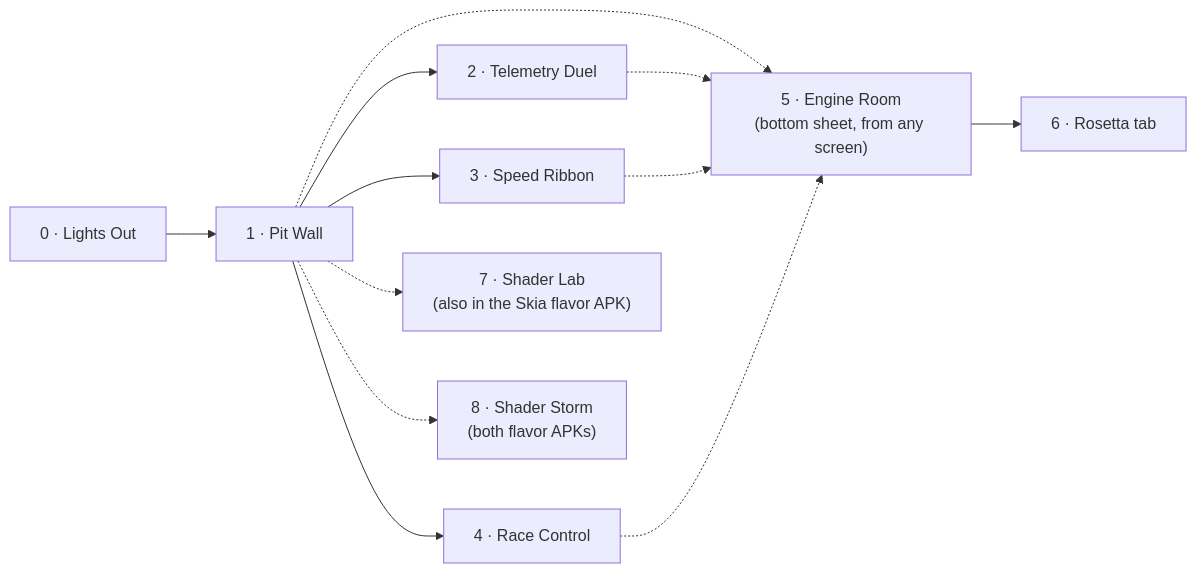
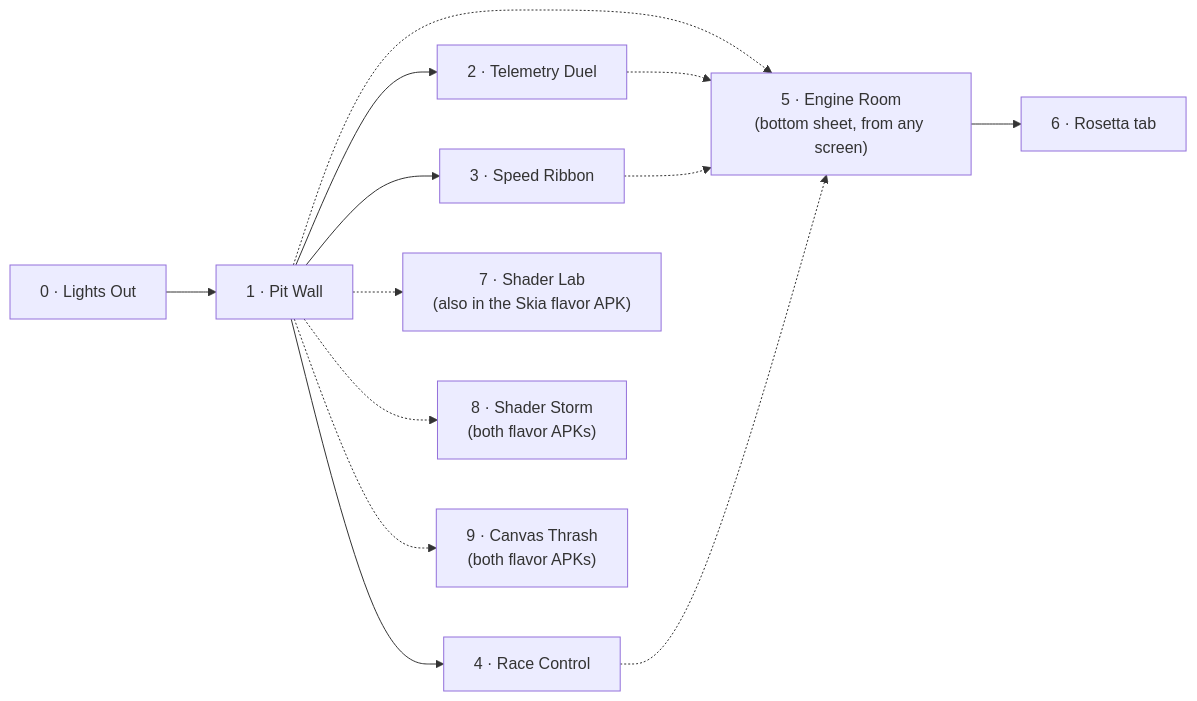
Before and after one commit to cm-collins/fluttercon-demo-app: the first of 2 diagrams in docs/design/screens.md, drawn with Mermaid. The commit also changed other lines of this file and 25 other files, not shown here.

First line of the commit message:
✨ feat(shader-lab): add Canvas Thrash to show what still costs after shaders

````diff
--- a/docs/design/screens.md
+++ b/docs/design/screens.md
@@ -8,14 +8,15 @@
 ```mermaid
 flowchart LR
     lights["0 · Lights Out"] --> pitwall["1 · Pit Wall"]
     pitwall --> duel["2 · Telemetry Duel"]
     pitwall --> ribbon["3 · Speed Ribbon"]
     pitwall --> control["4 · Race Control"]
     pitwall -.-> room["5 · Engine Room<br/>(bottom sheet, from any screen)"]
     duel -.-> room
     ribbon -.-> room
     control -.-> room
     room --> rosetta["6 · Rosetta tab"]
     pitwall -.-> lab["7 · Shader Lab<br/>(also in the Skia flavor APK)"]
     pitwall -.-> storm["8 · Shader Storm<br/>(both flavor APKs)"]
+    pitwall -.-> thrash["9 · Canvas Thrash<br/>(both flavor APKs)"]
 ```
````
